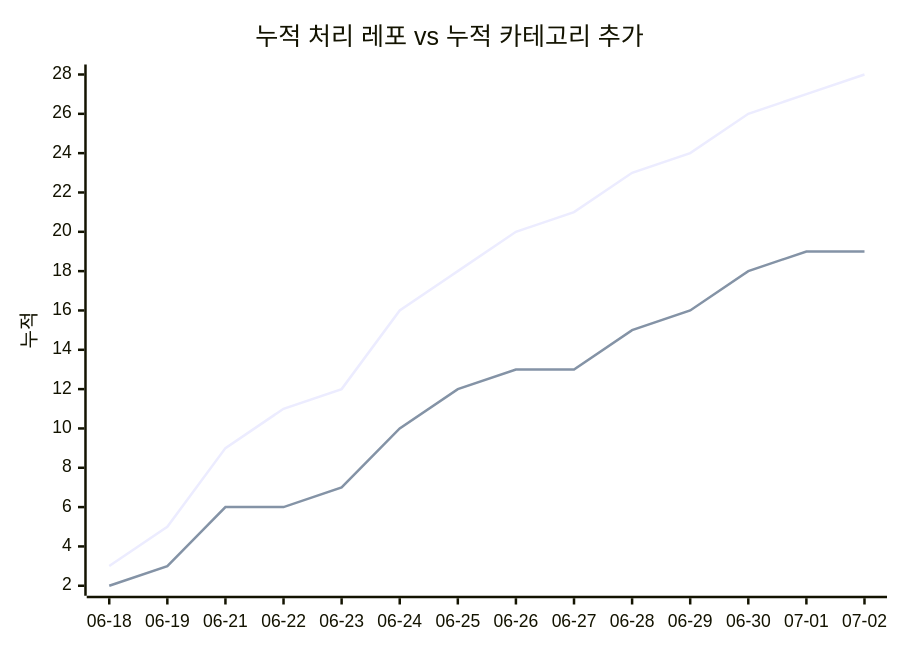
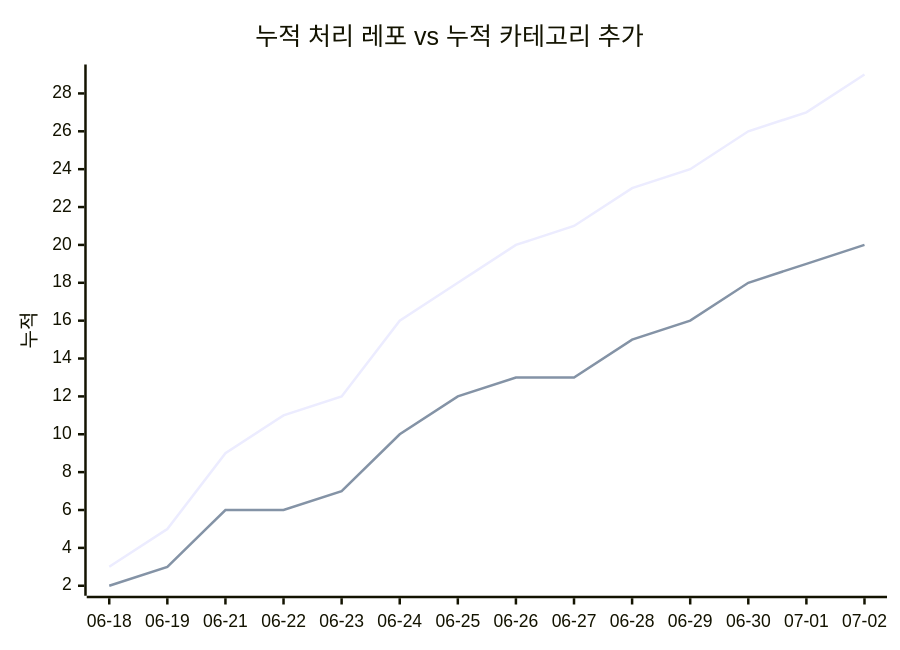
One commit to J-nowcow/awesome-korean-agent-skills changed the second of 2 diagrams in docs/trends.md. Above: the diagram before and after it, drawn with Mermaid. The commit also changed other lines of this file and 3 other files, not shown here.

````diff
--- a/docs/trends.md
+++ b/docs/trends.md
@@ -68,8 +68,8 @@
 ```mermaid
 xychart-beta
     title "누적 처리 레포 vs 누적 카테고리 추가"
     x-axis ["06-18","06-19","06-21","06-22","06-23","06-24","06-25","06-26","06-27","06-28","06-29","06-30","07-01","07-02"]
     y-axis "누적"
-    line [3,5,9,11,12,16,18,20,21,23,24,26,27,28]
-    line [2,3,6,6,7,10,12,13,13,15,16,18,19,19]
+    line [3,5,9,11,12,16,18,20,21,23,24,26,27,29]
+    line [2,3,6,6,7,10,12,13,13,15,16,18,19,20]
 ```
````
